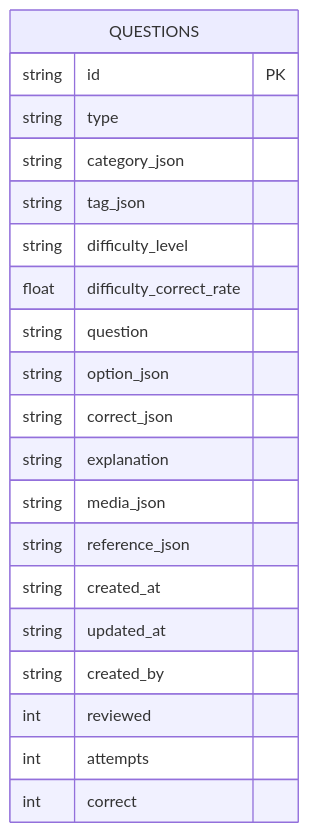
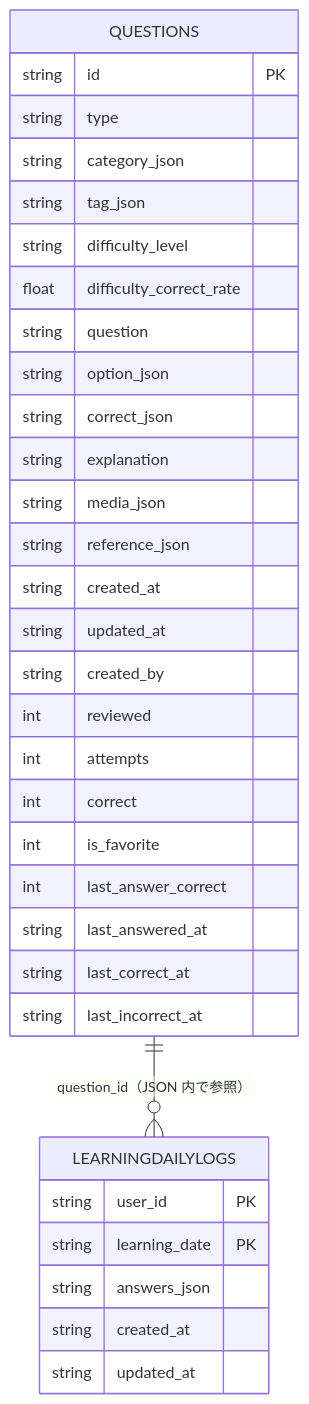
Before and after one commit to kokiSAT0/AnesQuizAdmin: the diagram in docs/sqlite_schema.md, drawn with Mermaid. The commit also changed 2 other files, not shown here.

Commit message:
feat: 難易度選択機能を追加
- 難易度を選択するためのチェックボックスコンポーネントを追加
- 選択された難易度に基づいて問題IDを取得する関数を実装
- ランダム出題のオプションを追加
- SQLiteスキーマに新しいカラムを追加

ユーザーがクイズの難易度を選択できるようにするための機能追加です。

````diff
--- a/docs/sqlite_schema.md
+++ b/docs/sqlite_schema.md
@@ -3,23 +3,39 @@
 ```mermaid
 erDiagram
     QUESTIONS {
       string  id PK
       string  type
       string  category_json
       string  tag_json
       string  difficulty_level
       float   difficulty_correct_rate
       string  question
       string  option_json
       string  correct_json
       string  explanation
       string  media_json
       string  reference_json
       string  created_at
       string  updated_at
       string  created_by
       int     reviewed
       int     attempts
       int     correct
+      int     is_favorite
+      int     last_answer_correct
+      string  last_answered_at
+      string  last_correct_at
+      string  last_incorrect_at
     }
+
+    LEARNINGDAILYLOGS {
+      string  user_id PK
+      string  learning_date PK
+      string  answers_json
+      string  created_at
+      string  updated_at
+    }
+
+    QUESTIONS ||--o{ LEARNINGDAILYLOGS : "question_id（JSON 内で参照）"
+
 ```
````
